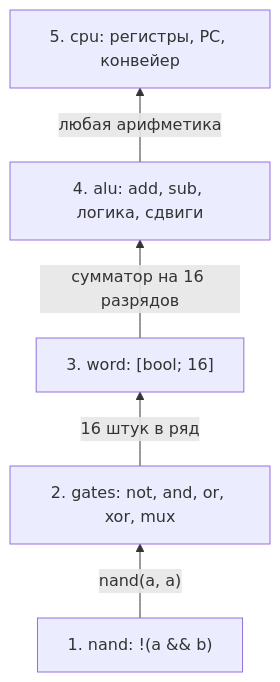
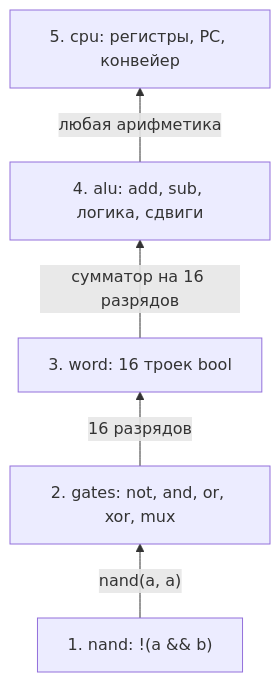
Before and after one commit to loki5512344ss/SummumOS: the second of 40 diagrams in чертежи.md, drawn with Mermaid. The commit also changed other lines of this file and 40 other files, not shown here.

````diff
--- a/чертежи.md
+++ b/чертежи.md
@@ -42,13 +43,13 @@
 ```mermaid
 graph BT
     nand["1. nand: !(a && b)"]
     gates["2. gates: not, and, or, xor, mux"]
-    word["3. word: [bool; 16]"]
+    word["3. word: 16 троек bool"]
     alu["4. alu: add, sub, логика, сдвиги"]
     cpu["5. cpu: регистры, PC, конвейер"]
 
     nand -->|"nand(a, a)"| gates
-    gates -->|"16 штук в ряд"| word
+    gates -->|"16 разрядов"| word
     word -->|"сумматор на 16 разрядов"| alu
     alu -->|"любая арифметика"| cpu
 ```
````
